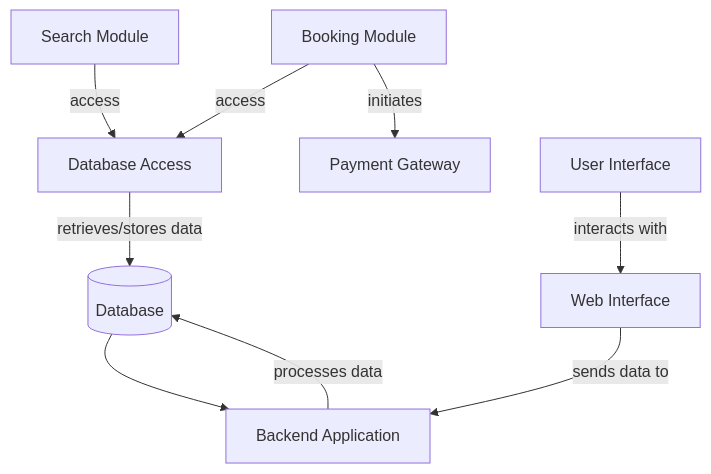
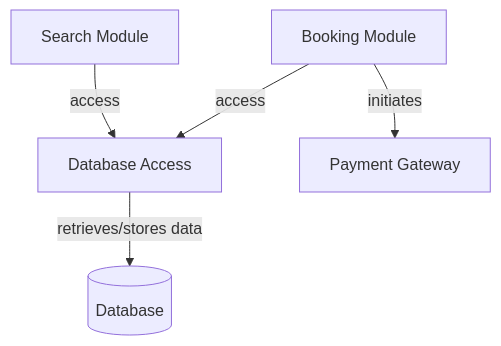
One commit to officegeek/minimal-mistakes changed the diagram in test.md. Above: the diagram before and after it, drawn with Mermaid.

````diff
--- a/test.md
+++ b/test.md
@@ -1,12 +1,7 @@
 ```mermaid
 graph TD
     SM[Search Module] -->|access| DA[Database Access]
     BM[Booking Module] -->|access| DA
     DA -->|retrieves/stores data| DB[(Database)]
     BM -->|initiates| PG[Payment Gateway]
-
-    UI[User Interface] -->|interacts with| WI[Web Interface]
-    WI -->|sends data to| BA[Backend Application]
-    BA -->|processes data| DB[(Database)]
-    DB --> BA
 ```
````
